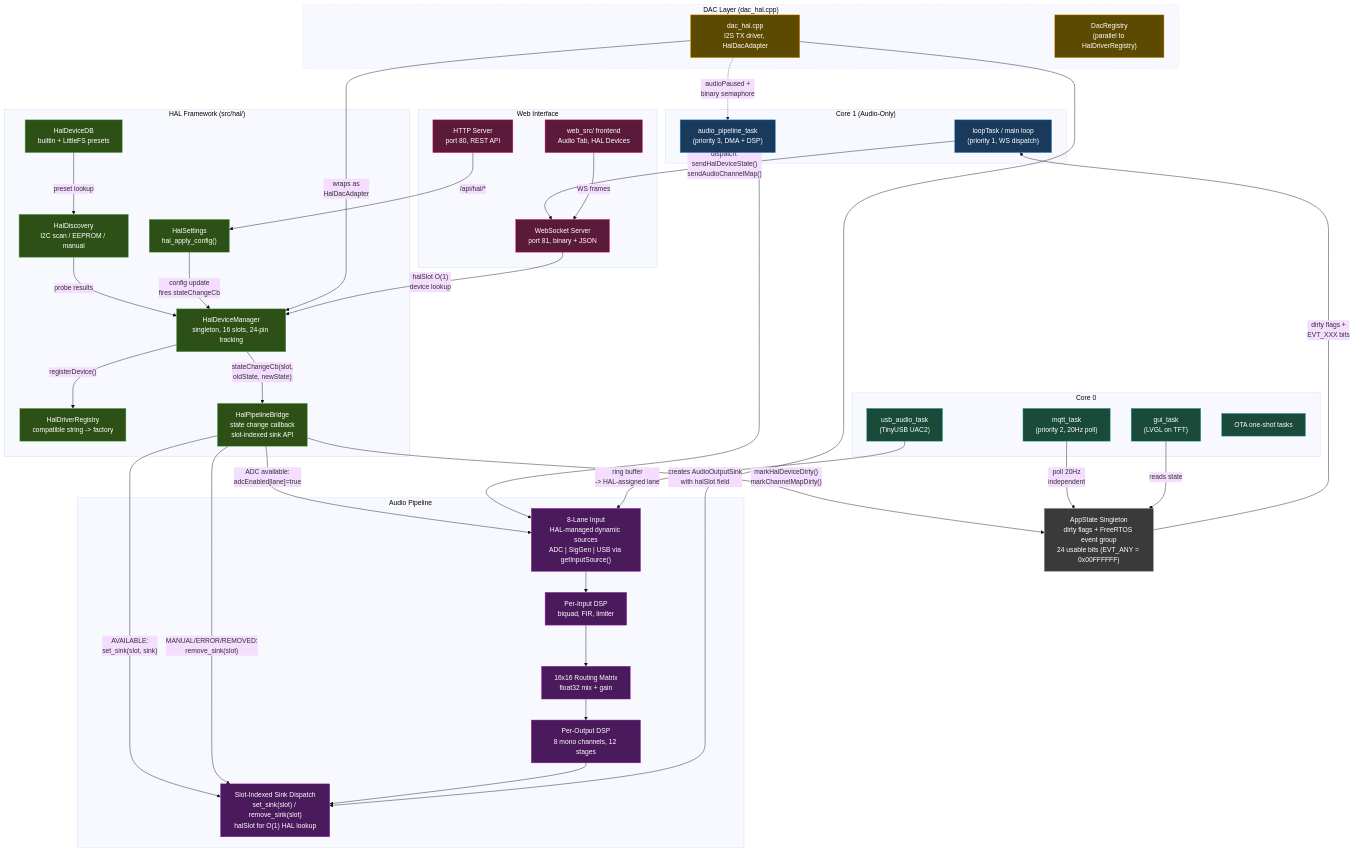
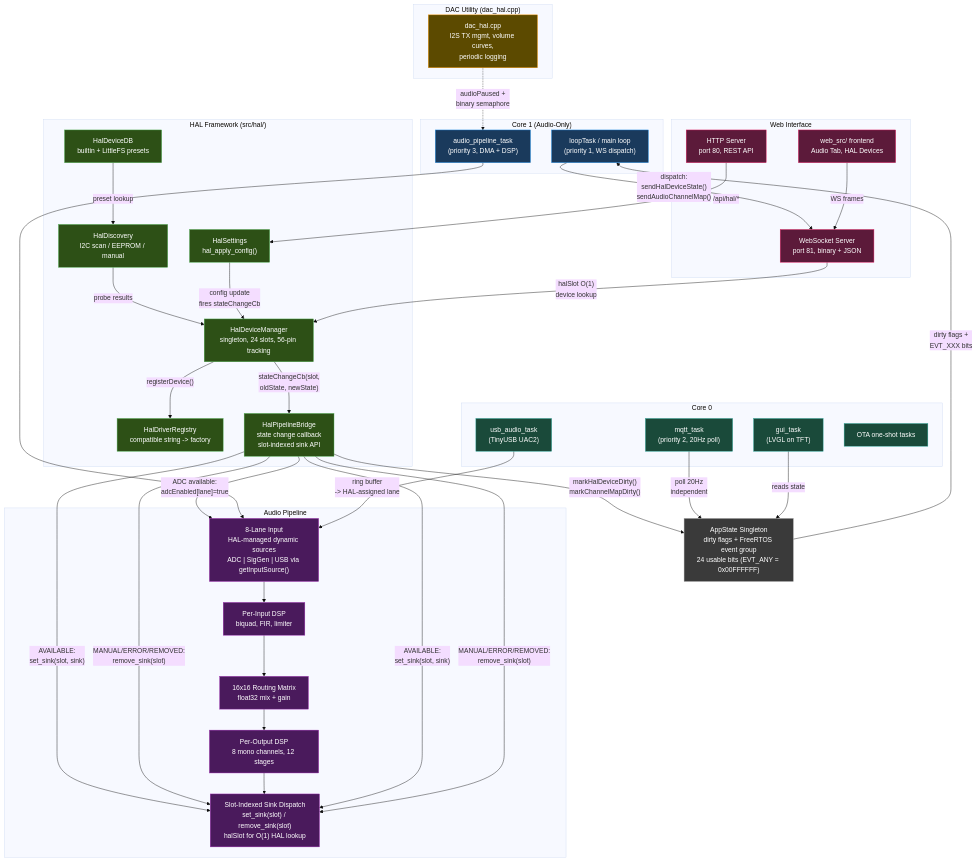
Before and after one commit to Schmackos/ALX_Nova_Controller_2: the first of 10 diagrams in docs-internal/architecture/diagrams.md, drawn with Mermaid (base theme). The commit also changed 4 other files, not shown here.

Commit message:
docs: fix stale device refs — audio-pipeline, dac API, hal API, websocket, dsp-system

```diff
--- a/docs-internal/architecture/diagrams.md
+++ b/docs-internal/architecture/diagrams.md
@@ -29,7 +29,7 @@
     end
 
     subgraph HAL["HAL Framework (src/hal/)"]
-        HM["HalDeviceManager\nsingleton, 16 slots, 24-pin tracking"]
+        HM["HalDeviceManager\nsingleton, 24 slots, 56-pin tracking"]
         HD["HalDiscovery\nI2C scan / EEPROM / manual"]
         HDB["HalDeviceDB\nbuiltin + LittleFS presets"]
         HR["HalDriverRegistry\ncompatible string -> factory"]
@@ -45,10 +45,8 @@
         SINKS["Slot-Indexed Sink Dispatch\nset_sink(slot) / remove_sink(slot)\nhalSlot for O(1) HAL lookup"]
     end
 
-    subgraph LegacyDAC["DAC Layer (dac_hal.cpp)"]
-        style LegacyDAC stroke-dasharray: 5 5
-        DH["dac_hal.cpp\nI2S TX driver, HalDacAdapter"]
-        DR["DacRegistry\n(parallel to HalDriverRegistry)"]
+    subgraph DacUtil["DAC Utility (dac_hal.cpp)"]
+        DH["dac_hal.cpp\nI2S TX mgmt, volume curves,\nperiodic logging"]
     end
 
     subgraph WebGUI["Web Interface"]
@@ -71,8 +69,8 @@
 
     AP --> INP --> DSP --> MTX --> ODSP --> SINKS
 
-    DH -->|"creates AudioOutputSink\nwith halSlot field"| SINKS
-    DH -->|"wraps as\nHalDacAdapter"| HM
+    HPB -->|"AVAILABLE:\nset_sink(slot, sink)"| SINKS
+    HPB -->|"MANUAL/ERROR/REMOVED:\nremove_sink(slot)"| SINKS
 
     AS -->|"dirty flags +\nEVT_XXX bits"| ML
     ML -->|"dispatch:\nsendHalDeviceState()\nsendAudioChannelMap()"| WS
```
